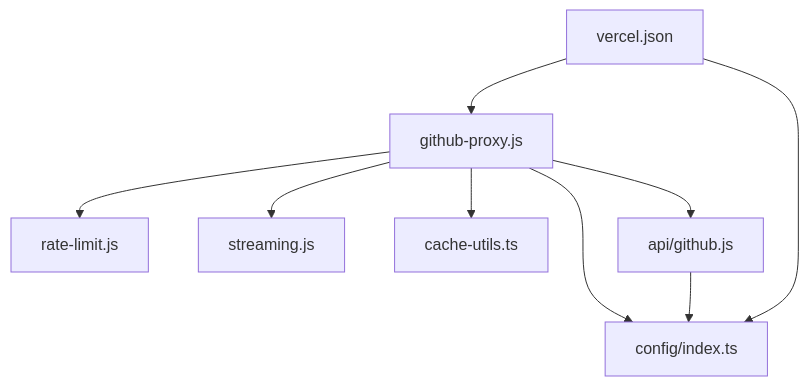
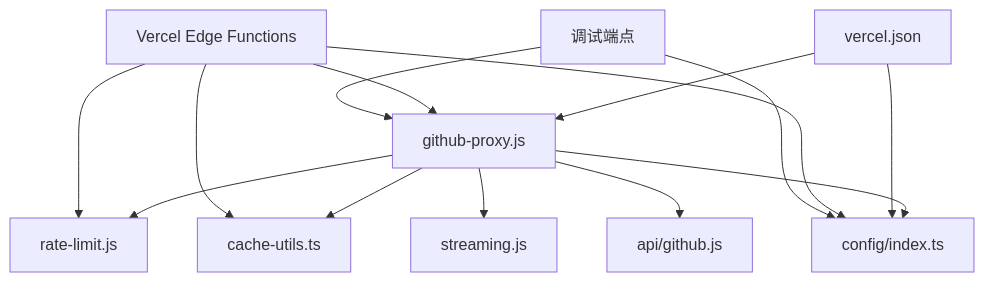
The eighth of 8 diagrams in .qoder/repowiki/zh/content/Cloudflare Workers服务/GitHub代理服务.md (olx2990684400-sketch/olx-my-blog), drawn with Mermaid before and after one commit. The commit also changed other lines of this file and 74 other files, not shown here.

````diff
--- a/.qoder/repowiki/zh/content/Cloudflare Workers服务/GitHub代理服务.md
+++ b/.qoder/repowiki/zh/content/Cloudflare Workers服务/GitHub代理服务.md
@@ -369,11 +520,16 @@
 ```mermaid
 graph TB
 Worker["github-proxy.js"] --> RateLimit["rate-limit.js"]
 Worker --> Streaming["streaming.js"]
 Worker --> CacheUtils["cache-utils.ts"]
 Worker --> ApiAdapter["api/github.js"]
 Worker --> Config["config/index.ts"]
-ApiAdapter --> Config
 Vercel["vercel.json"] --> Worker
 Vercel --> Config
+EdgeFunctions["Vercel Edge Functions"] --> RateLimit
+EdgeFunctions --> CacheUtils
+EdgeFunctions --> Config
+EdgeFunctions --> Worker
+Debug["调试端点"] --> Config
+Debug --> Worker
 ```
````
